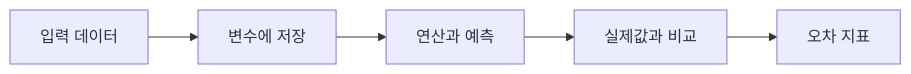
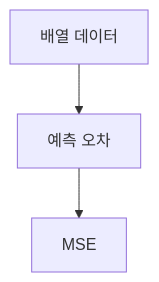
The diagram in ComputerScience/03_ai-ml-data/ml-projects/notes/01. Python 데이터와 평균제곱오차.md (umyunsang/edu), drawn with Mermaid before and after one commit. The commit also changed other lines of this file and 3 other files, not shown here.

````diff
--- a/ComputerScience/03_ai-ml-data/ml-projects/notes/01. Python 데이터와 평균제곱오차.md
+++ b/ComputerScience/03_ai-ml-data/ml-projects/notes/01. Python 데이터와 평균제곱오차.md
@@ -34,7 +19,5 @@
 ```mermaid
-flowchart LR
-    A[입력 데이터] --> B[변수에 저장]
-    B --> C[연산과 예측]
-    C --> D[실제값과 비교]
-    D --> E[오차 지표]
+flowchart TB
+    A[배열 데이터] --> B[예측 오차]
+    B --> C[MSE]
 ```
````
